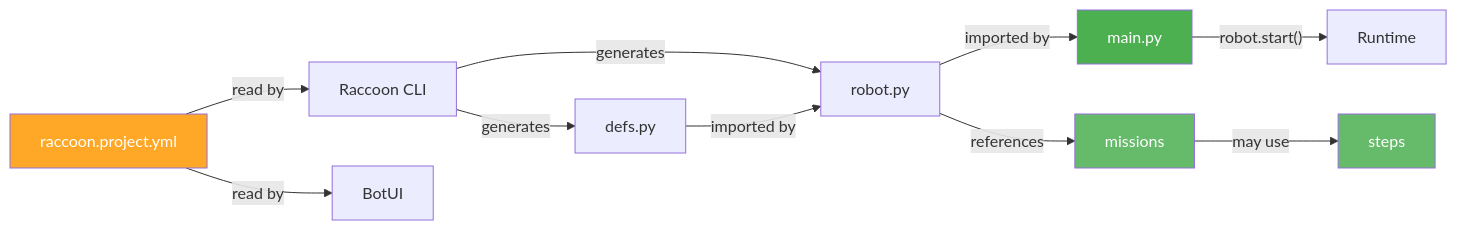
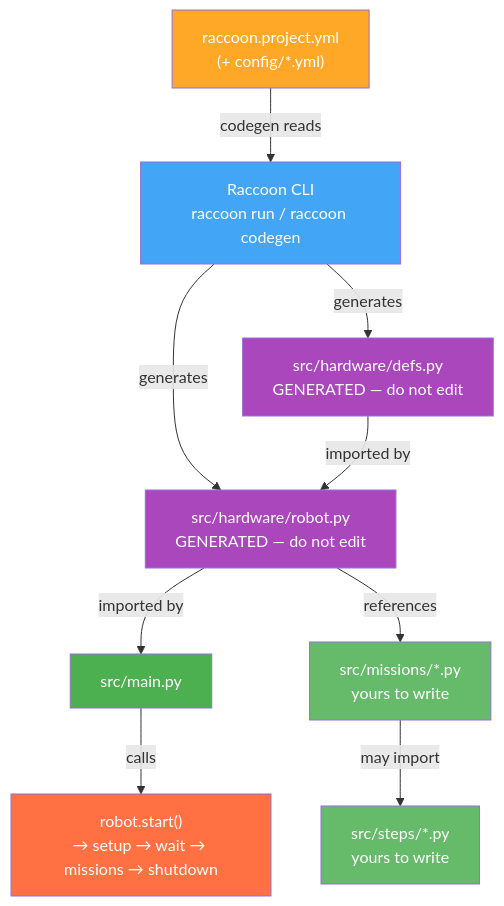
One commit to htl-stp-ecer/documentation changed the diagram in content/02-programming/01-project-structure.md. Above: the diagram before and after it, drawn with Mermaid. The commit also changed other lines of this file and 89 other files, not shown here.

First line of the commit message:
docs: add concepts, mermaid diagrams, real examples + improve structure

````diff
--- a/content/02-programming/01-project-structure.md
+++ b/content/02-programming/01-project-structure.md
@@ -268,17 +279,29 @@
 ```mermaid
-graph LR
-    YAML["raccoon.project.yml"] -->|read by| CLI["Raccoon CLI"]
-    YAML -->|read by| UI["BotUI"]
-    CLI -->|generates| DEFS["defs.py"]
-    CLI -->|generates| ROBOT["robot.py"]
-    DEFS -->|imported by| ROBOT
-    ROBOT -->|imported by| MAIN["main.py"]
-    ROBOT -->|references| MISSIONS["missions"]
-    MISSIONS -->|may use| STEPS["steps"]
-    MAIN -->|"robot.start()"| RUN["Runtime"]
+graph TD
+    YAML["raccoon.project.yml\n(+ config/*.yml)"]
+    CLI["Raccoon CLI\nraccoon run / raccoon codegen"]
+    DEFS["src/hardware/defs.py\nGENERATED — do not edit"]
+    ROBOT["src/hardware/robot.py\nGENERATED — do not edit"]
+    MAIN["src/main.py"]
+    MISSIONS["src/missions/*.py\nyours to write"]
+    STEPS["src/steps/*.py\nyours to write"]
+    RUN["robot.start()\n→ setup → wait → missions → shutdown"]
+
+    YAML -->|"codegen reads"| CLI
+    CLI -->|"generates"| DEFS
+    CLI -->|"generates"| ROBOT
+    DEFS -->|"imported by"| ROBOT
+    ROBOT -->|"imported by"| MAIN
+    ROBOT -->|"references"| MISSIONS
+    MISSIONS -->|"may import"| STEPS
+    MAIN -->|"calls"| RUN
 
     style YAML fill:#FFA726,color:#fff
+    style CLI fill:#42A5F5,color:#fff
+    style DEFS fill:#AB47BC,color:#fff
+    style ROBOT fill:#AB47BC,color:#fff
     style MAIN fill:#4CAF50,color:#fff
     style MISSIONS fill:#66BB6A,color:#fff
     style STEPS fill:#66BB6A,color:#fff
+    style RUN fill:#FF7043,color:#fff
 ```
````
